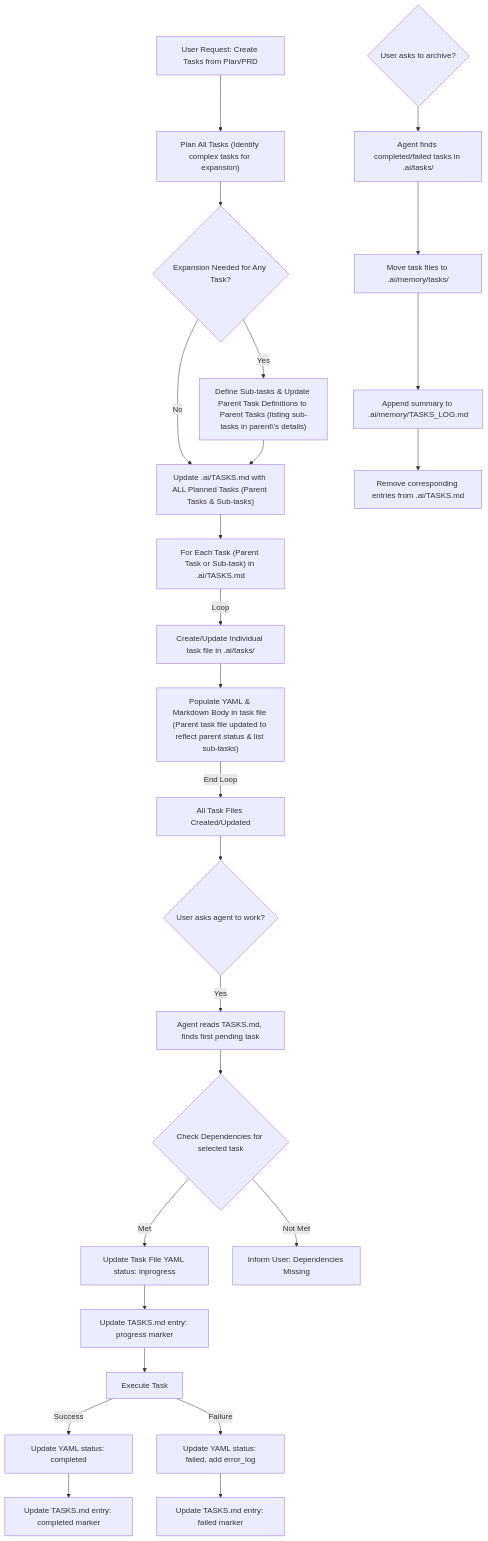
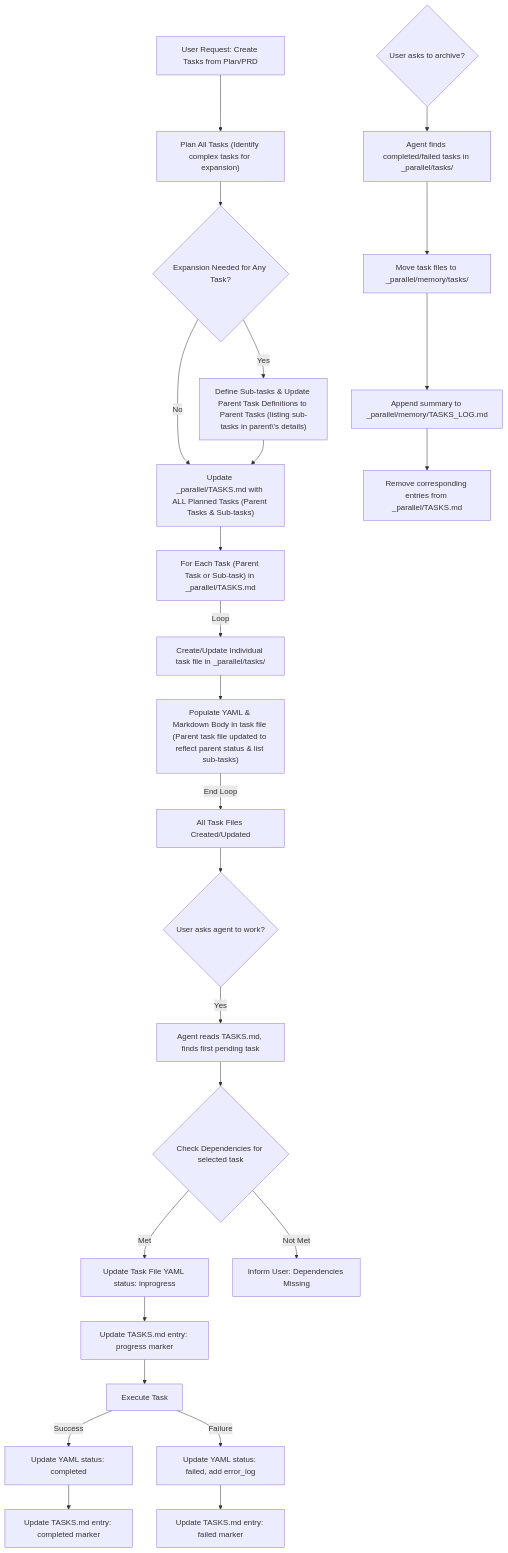
One commit to Avidity-Dev/.cursor changed the diagram in rules/task-magic/workflow.md. Above: the diagram before and after it, drawn with Mermaid. The commit also changed 93 other files, not shown here.

````diff
--- a/rules/task-magic/workflow.md
+++ b/rules/task-magic/workflow.md
@@ -5,27 +5,27 @@
 ```mermaid
 graph TD
     A[User Request: Create Tasks from Plan/PRD] --> B["Plan All Tasks (Identify complex tasks for expansion)"];
     B --> B1{Expansion Needed for Any Task?};
     B1 -- Yes --> B2["Define Sub-tasks & Update Parent Task Definitions to Parent Tasks (listing sub-tasks in parent\'s details)"];
     B1 -- No --> C;
-    B2 --> C["Update .ai/TASKS.md with ALL Planned Tasks (Parent Tasks & Sub-tasks)"];
-    C --> D["For Each Task (Parent Task or Sub-task) in .ai/TASKS.md"];
-    D -- Loop --> E[Create/Update Individual task file in .ai/tasks/];
+    B2 --> C["Update _parallel/TASKS.md with ALL Planned Tasks (Parent Tasks & Sub-tasks)"];
+    C --> D["For Each Task (Parent Task or Sub-task) in _parallel/TASKS.md"];
+    D -- Loop --> E[Create/Update Individual task file in _parallel/tasks/];
     E --> F["Populate YAML & Markdown Body in task file (Parent task file updated to reflect parent status & list sub-tasks)"];
     F -- End Loop --> G[All Task Files Created/Updated];
     G --> H{User asks agent to work?};
     H -- Yes --> I[Agent reads TASKS.md, finds first pending task];
     I --> J{Check Dependencies for selected task};
     J -- Met --> K[Update Task File YAML status: inprogress];
     K --> L[Update TASKS.md entry: progress marker];
     L --> M[Execute Task];
     M -- Success --> N[Update YAML status: completed];
     N --> O[Update TASKS.md entry: completed marker];
     M -- Failure --> P["Update YAML status: failed, add error_log"];
     P --> Q[Update TASKS.md entry: failed marker];
     J -- Not Met --> R[Inform User: Dependencies Missing];
-    S{User asks to archive?} --> T[Agent finds completed/failed tasks in .ai/tasks/];
-    T --> U[Move task files to .ai/memory/tasks/];
-    U --> V[Append summary to .ai/memory/TASKS_LOG.md];
-    V --> W[Remove corresponding entries from .ai/TASKS.md];
+    S{User asks to archive?} --> T[Agent finds completed/failed tasks in _parallel/tasks/];
+    T --> U[Move task files to _parallel/memory/tasks/];
+    U --> V[Append summary to _parallel/memory/TASKS_LOG.md];
+    V --> W[Remove corresponding entries from _parallel/TASKS.md];
 ```
````
